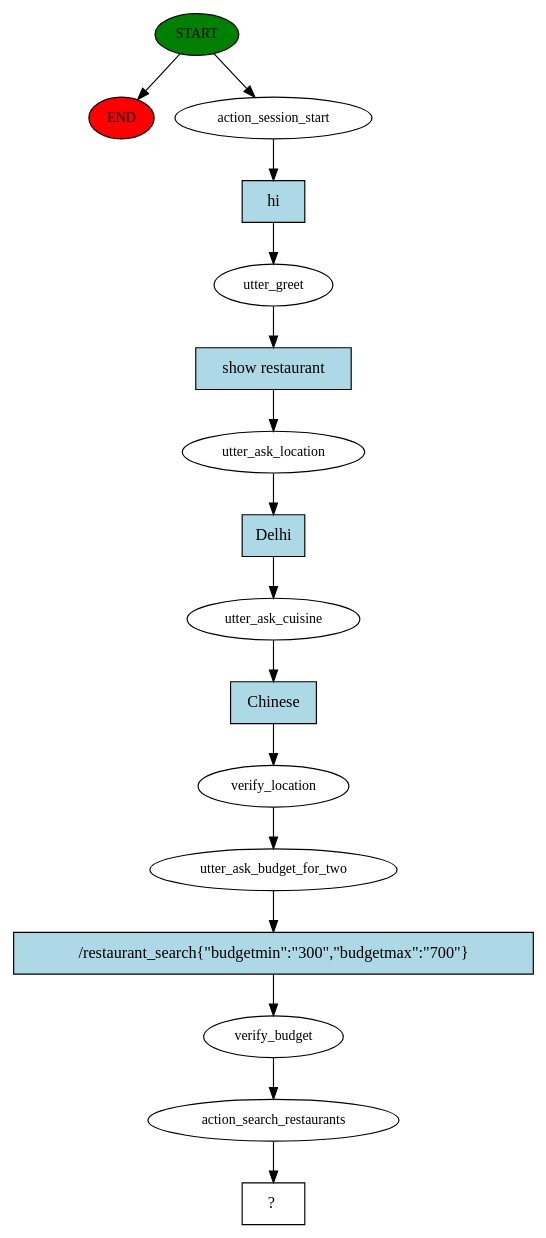
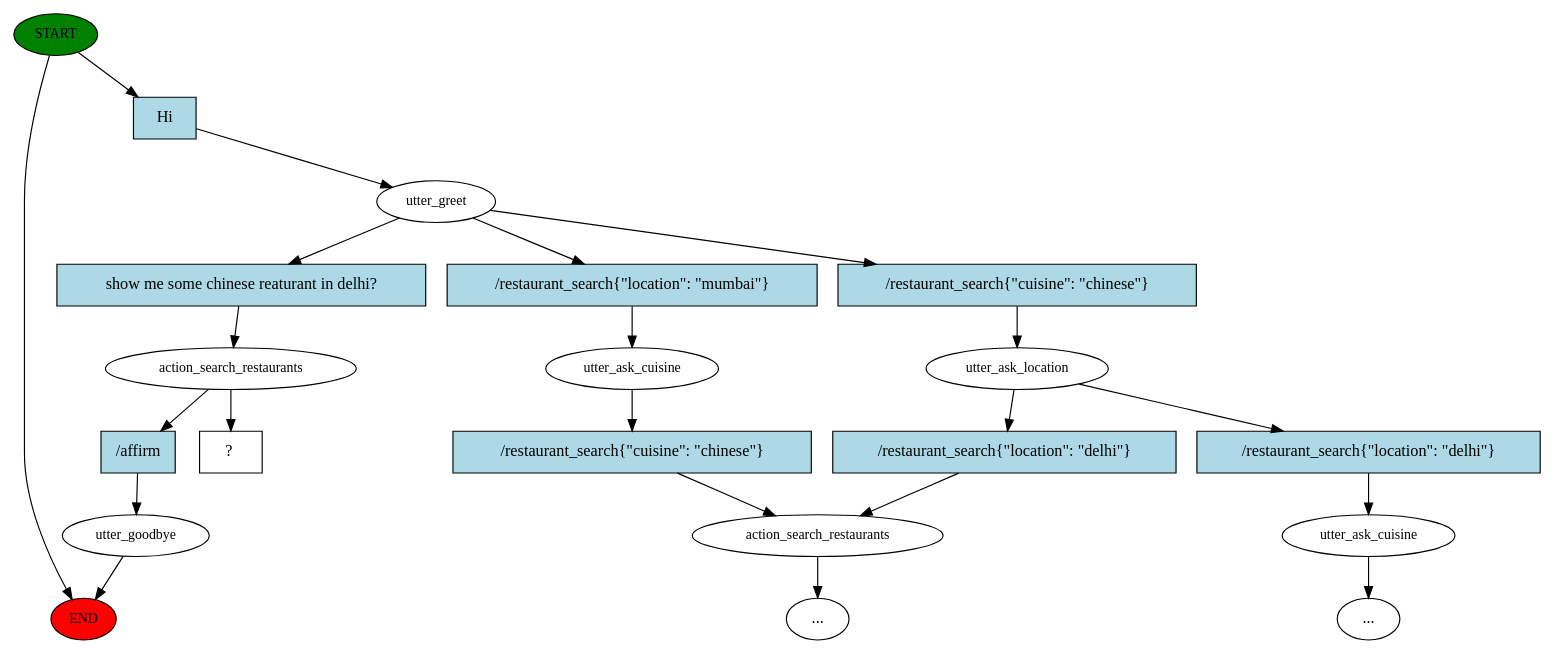
Before and after one commit to RakeshKumar045/Restaurant_Rasa_Chatbot_Python: the diagram in story_graph.dot, drawn with Graphviz.

Commit message:
13-Jul code foodee raka

```diff
--- a/story_graph.dot
+++ b/story_graph.dot
@@ -1,33 +1,43 @@
 digraph  {
 0 [class="start active", fillcolor=green, fontsize=12, label=START, style=filled];
 "-1" [class=end, fillcolor=red, fontsize=12, label=END, style=filled];
-1 [class=active, fontsize=12, label=action_session_start];
-2 [class=active, fontsize=12, label=utter_greet];
-3 [class=active, fontsize=12, label=utter_ask_location];
-4 [class=active, fontsize=12, label=utter_ask_cuisine];
-5 [class=active, fontsize=12, label=verify_location];
-6 [class=active, fontsize=12, label=utter_ask_budget_for_two];
-7 [class=active, fontsize=12, label=verify_budget];
-8 [class=active, fontsize=12, label=action_search_restaurants];
-9 [class="intent dashed active", label="  ?  ", shape=rect];
-10 [class="intent active", fillcolor=lightblue, label=hi, shape=rect, style=filled];
-11 [class="intent active", fillcolor=lightblue, label="show restaurant", shape=rect, style=filled];
-12 [class="intent active", fillcolor=lightblue, label=Delhi, shape=rect, style=filled];
-13 [class="intent active", fillcolor=lightblue, label=Chinese, shape=rect, style=filled];
-14 [class="intent active", fillcolor=lightblue, label="/restaurant_search{\"budgetmin\":\"300\",\"budgetmax\":\"700\"}", shape=rect, style=filled];
+1 [class=active, fontsize=12, label=utter_greet];
+2 [class="", fontsize=12, label=utter_ask_location];
+3 [class="", fontsize=12, label=utter_ask_cuisine];
+5 [class="", fontsize=12, label=utter_ask_cuisine];
+6 [class="", fontsize=12, label=action_search_restaurants];
+"-6" [class=ellipsis, label="..."];
+17 [class=active, fontsize=12, label=action_search_restaurants];
+18 [class="", fontsize=12, label=utter_goodbye];
+"-8" [class=ellipsis, label="..."];
+24 [class="intent dashed active", label="  ?  ", shape=rect];
+25 [class="intent active", fillcolor=lightblue, label=Hi, shape=rect, style=filled];
+26 [class=intent, fillcolor=lightblue, label="/restaurant_search{\"cuisine\": \"chinese\"}", shape=rect, style=filled];
+27 [class=intent, fillcolor=lightblue, label="/restaurant_search{\"location\": \"mumbai\"}", shape=rect, style=filled];
+28 [class="intent active", fillcolor=lightblue, label="show me some chinese reaturant in delhi?", shape=rect, style=filled];
+29 [class=intent, fillcolor=lightblue, label="/restaurant_search{\"location\": \"delhi\"}", shape=rect, style=filled];
+30 [class=intent, fillcolor=lightblue, label="/restaurant_search{\"location\": \"delhi\"}", shape=rect, style=filled];
+31 [class=intent, fillcolor=lightblue, label="/restaurant_search{\"cuisine\": \"chinese\"}", shape=rect, style=filled];
+32 [class=intent, fillcolor=lightblue, label="/affirm", shape=rect, style=filled];
 0 -> "-1"  [class="", key=NONE, label=""];
-0 -> 1  [class=active, key=NONE, label=""];
-1 -> 10  [class=active, key=0];
-2 -> 11  [class=active, key=0];
-3 -> 12  [class=active, key=0];
-4 -> 13  [class=active, key=0];
-5 -> 6  [class=active, key=NONE, label=""];
-6 -> 14  [class=active, key=0];
-7 -> 8  [class=active, key=NONE, label=""];
-8 -> 9  [class=active, key=NONE, label=""];
-10 -> 2  [class=active, key=0];
-11 -> 3  [class=active, key=0];
-12 -> 4  [class=active, key=0];
-13 -> 5  [class=active, key=0];
-14 -> 7  [class=active, key=0];
+0 -> 25  [class=active, key=0];
+1 -> 26  [class="", key=0];
+1 -> 27  [class="", key=0];
+1 -> 28  [class=active, key=0];
+2 -> 29  [class="", key=0];
+2 -> 30  [class="", key=0];
+3 -> "-6"  [class="", key=NONE, label=""];
+5 -> 31  [class="", key=0];
+6 -> "-8"  [class="", key=NONE, label=""];
+17 -> 24  [class=active, key=NONE, label=""];
+17 -> 32  [class="", key=0];
+18 -> "-1"  [class="", key=NONE, label=""];
+25 -> 1  [class=active, key=0];
+26 -> 2  [class="", key=0];
+27 -> 5  [class="", key=0];
+28 -> 17  [class=active, key=0];
+29 -> 3  [class="", key=0];
+30 -> 6  [class="", key=0];
+31 -> 6  [class="", key=0];
+32 -> 18  [class="", key=0];
 }
```
